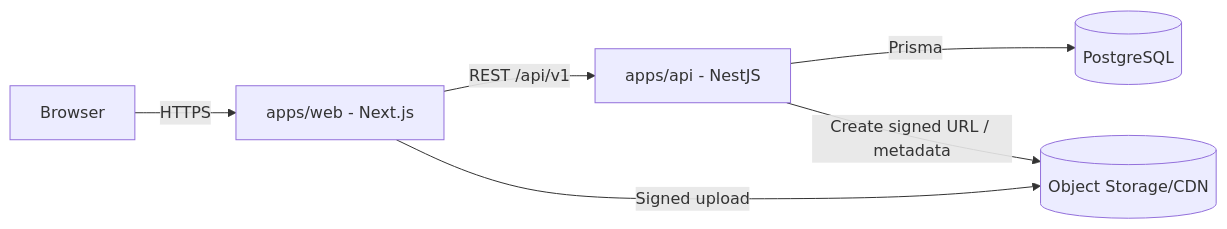
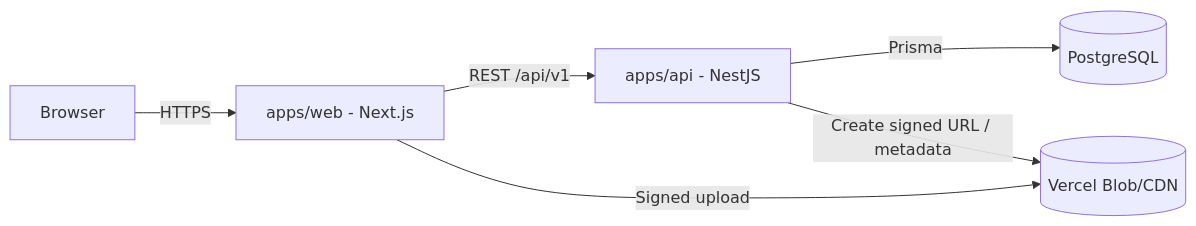
The second of 4 diagrams in docs/03-SYSTEM-ARCHITECTURE.md (nguyenhuy238/Home-Hub), drawn with Mermaid before and after one commit. The commit also changed other lines of this file and 21 other files, not shown here.

````diff
--- a/docs/03-SYSTEM-ARCHITECTURE.md
+++ b/docs/03-SYSTEM-ARCHITECTURE.md
@@ -28,8 +28,8 @@
 ```mermaid
 flowchart LR
     Browser -->|HTTPS| Next[apps/web - Next.js]
     Next -->|REST /api/v1| Api[apps/api - NestJS]
     Api -->|Prisma| Pg[(PostgreSQL)]
-    Next -->|Signed upload| Obj[(Object Storage/CDN)]
+    Next -->|Signed upload| Obj[(Vercel Blob/CDN)]
     Api -->|Create signed URL / metadata| Obj
 ```
````
